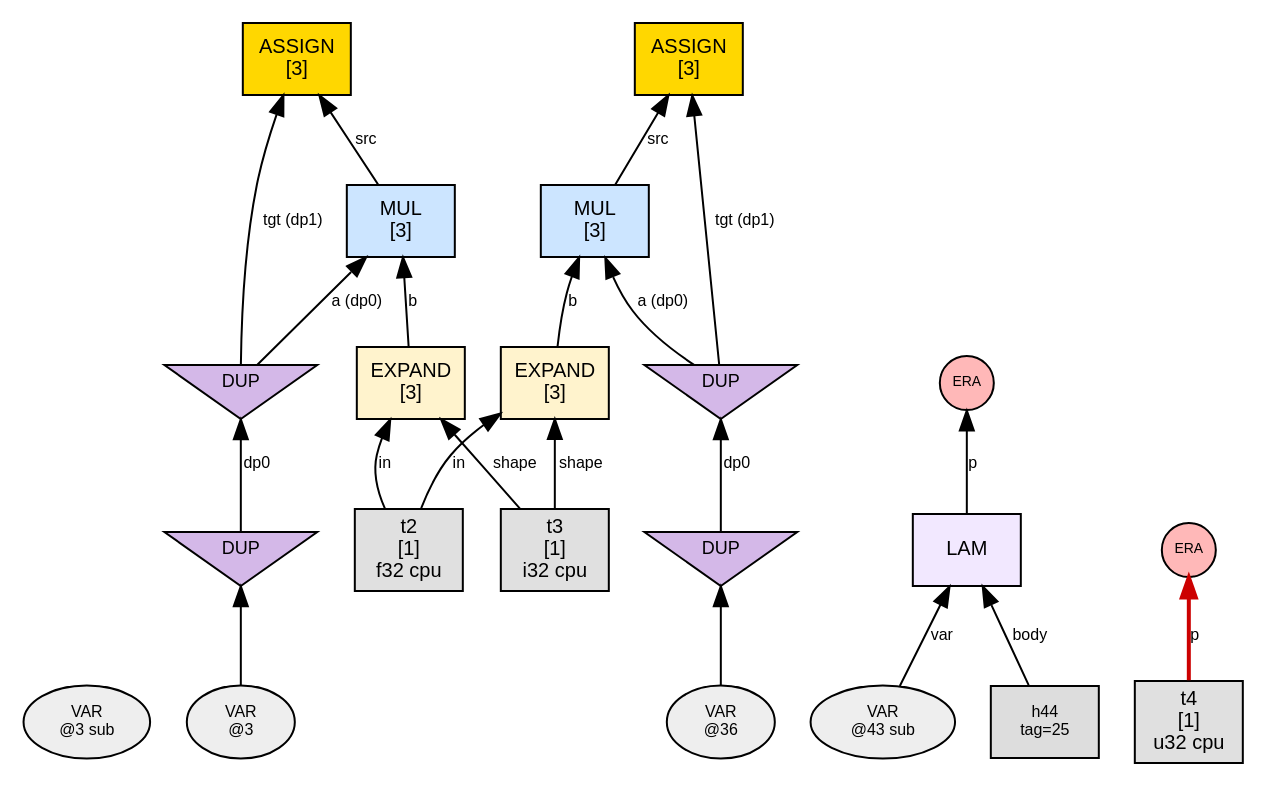
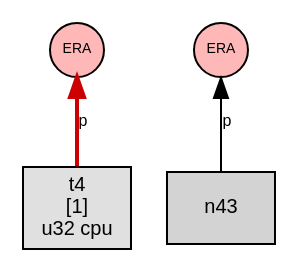
One commit to sw1sh/TinyHVM changed the diagram in phase1_graphs/loop_assign_simple/n0_steps/step_005_interact_IFZ.dot. Above: the diagram before and after it, drawn with Graphviz. The commit also changed 117 other files, not shown here.

First line of the commit message:
docs: regenerate loop graphs with root-only fix

```diff
--- a/phase1_graphs/loop_assign_simple/n0_steps/step_005_interact_IFZ.dot
+++ b/phase1_graphs/loop_assign_simple/n0_steps/step_005_interact_IFZ.dot
@@ -1,49 +1,13 @@
 digraph G {
   // PREV_INTERACTION: interact_IFZ
   // NEXT_INTERACTION: interact_era_on_TEN
   rankdir=BT;
   node [fontname="Helvetica", fontsize=10, style=filled, shape=box, margin="0.1,0.05"];
   edge [fontsize=8, fontname="Helvetica"];
 
-  var3 [label="VAR\n@3 sub", shape=oval, fillcolor="#eeeeee", fontsize=8];
-  n10 [label="EXPAND\n[3]", shape=box, fillcolor="#fff3cd"];
-  t2 [label="t2\n[1]\nf32 cpu",shape=box,fillcolor="#e0e0e0"];
-  t2 -> n10 [label="in"];
-  t3 [label="t3\n[1]\ni32 cpu",shape=box,fillcolor="#e0e0e0"];
-  t3 -> n10 [label="shape"];
-  n14 [label="MUL\n[3]", shape=box, fillcolor="#cce5ff"];
-  dup8 [label="DUP", shape=invtriangle, fillcolor="#d4b8e8", fontsize=9, width=0.7, height=0.5];
-  dup7 -> dup8 [label="dp0"];
-  dup7 [label="DUP", shape=invtriangle, fillcolor="#d4b8e8", fontsize=9, width=0.7, height=0.5];
-  var7 [label="VAR\n@3", shape=oval, fillcolor="#eeeeee", fontsize=8];
-  var7 -> dup7;
-  dup8 -> n14 [label="a (dp0)"];
-  n10 -> n14 [label="b"];
-  n18 [label="ASSIGN\n[3]", shape=box, fillcolor="#ffd700"];
-  dup8 -> n18 [label="tgt (dp1)"];
-  n14 -> n18 [label="src"];
-  n43 [label="LAM", shape=box, fillcolor="#f2e8ff"];
-  var43 [label="VAR\n@43 sub", shape=oval, fillcolor="#eeeeee", fontsize=8];
-  var43 -> n43 [label="var"];
-  h44 [label="h44\ntag=25", shape=box, fillcolor="#dddddd", fontsize=8];
-  h44 -> n43 [label="body"];
-  n47 [label="ASSIGN\n[3]", shape=box, fillcolor="#ffd700"];
-  dup49 [label="DUP", shape=invtriangle, fillcolor="#d4b8e8", fontsize=9, width=0.7, height=0.5];
-  dup42 -> dup49 [label="dp0"];
-  dup42 [label="DUP", shape=invtriangle, fillcolor="#d4b8e8", fontsize=9, width=0.7, height=0.5];
-  var42 [label="VAR\n@36", shape=oval, fillcolor="#eeeeee", fontsize=8];
-  var42 -> dup42;
-  dup49 -> n47 [label="tgt (dp1)"];
-  n50 -> n47 [label="src"];
-  n50 [label="MUL\n[3]", shape=box, fillcolor="#cce5ff"];
-  dup49 -> n50 [label="a (dp0)"];
-  n52 -> n50 [label="b"];
-  n52 [label="EXPAND\n[3]", shape=box, fillcolor="#fff3cd"];
-  t2 -> n52 [label="in"];
-  t3 -> n52 [label="shape"];
   era59 [label="ERA",shape=circle,width=0.38,height=0.38,fixedsize=true,fillcolor="#ffb8b8",fontsize=7];
   t4 [label="t4\n[1]\nu32 cpu",shape=box,fillcolor="#e0e0e0"];
   t4 -> era59 [label="p",color="#cc0000",penwidth=2.0];
   era61 [label="ERA",shape=circle,width=0.38,height=0.38,fixedsize=true,fillcolor="#ffb8b8",fontsize=7];
   n43 -> era61 [label="p"];
 }
```
